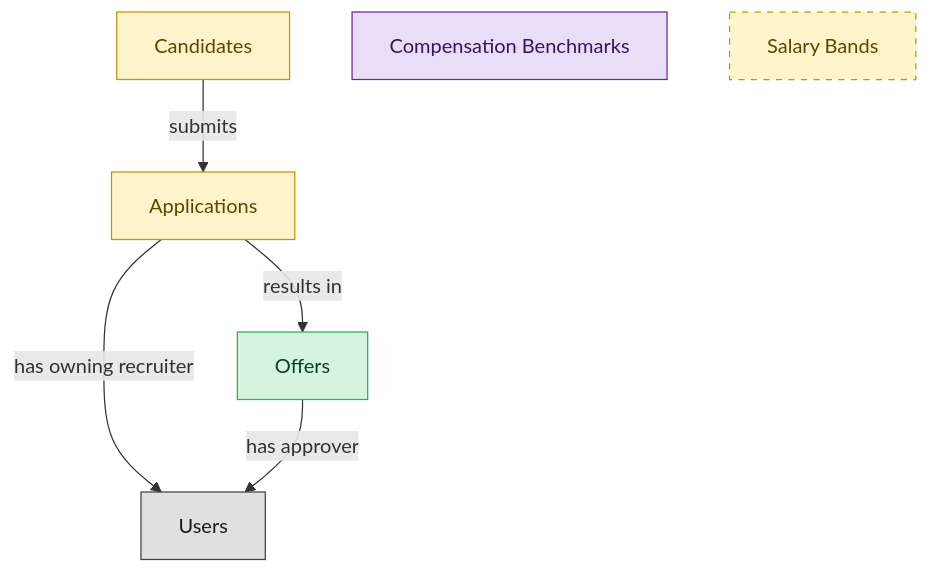
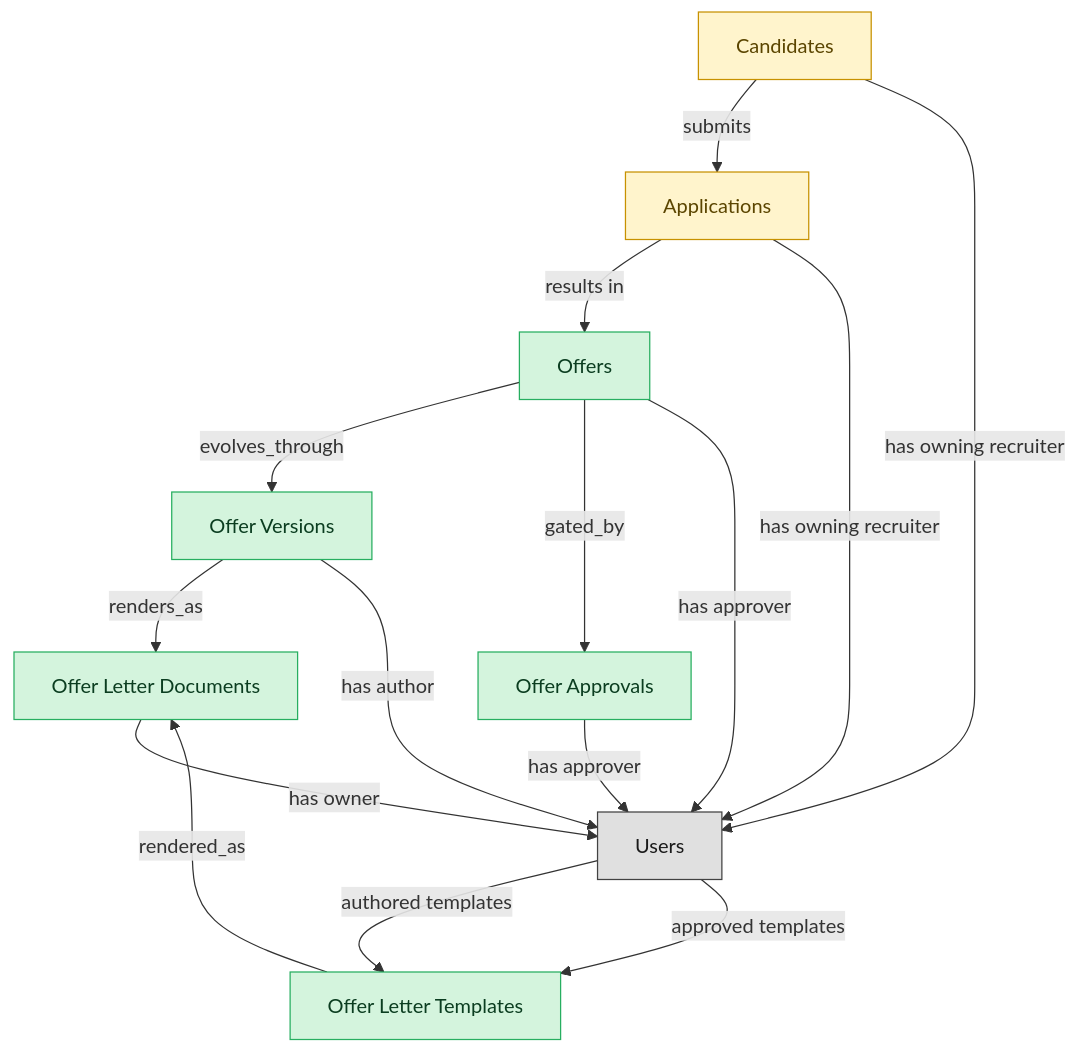
The diagram in blueprints/ats-offers-semantic-blueprint.md (semantius/semantius), drawn with Mermaid before and after one commit. The commit also changed other lines of this file and 255 other files, not shown here.

````diff
--- a/blueprints/ats-offers-semantic-blueprint.md
+++ b/blueprints/ats-offers-semantic-blueprint.md
@@ -30,24 +36,36 @@
 ```mermaid
 flowchart TD
   classDef master fill:#d4f4dd,stroke:#27ae60,color:#0b3d20;
   classDef embedded_master fill:#fff4cc,stroke:#c79100,color:#5b4500;
-  classDef consumer fill:#e8def8,stroke:#7b1fa2,color:#3a155d;
   classDef platform_builtin fill:#e0e0e0,stroke:#424242,color:#1a1a1a;
   job_offers["Offers"]
   candidates["Candidates"]
   job_applications["Applications"]
-  compensation_benchmarks["Compensation Benchmarks"]
-  salary_bands["Salary Bands"]
+  offer_versions["Offer Versions"]
+  offer_approvals["Offer Approvals"]
+  offer_letter_documents["Offer Letter Documents"]
+  offer_letter_templates["Offer Letter Templates"]
   users["Users"]
+  job_offers -->|"evolves_through"| offer_versions
+  job_offers -->|"gated_by"| offer_approvals
+  offer_versions -->|"renders_as"| offer_letter_documents
+  offer_letter_templates -->|"rendered_as"| offer_letter_documents
   candidates -->|"submits"| job_applications
   job_applications -->|"results in"| job_offers
+  candidates -->|"has owning recruiter"| users
+  users -->|"authored templates"| offer_letter_templates
+  users -->|"approved templates"| offer_letter_templates
+  offer_versions -->|"has author"| users
+  offer_approvals -->|"has approver"| users
+  offer_letter_documents -->|"has owner"| users
   job_applications -->|"has owning recruiter"| users
   job_offers -->|"has approver"| users
   class job_offers master;
   class candidates embedded_master;
   class job_applications embedded_master;
-  class compensation_benchmarks consumer;
-  class salary_bands embedded_master;
+  class offer_versions master;
+  class offer_approvals master;
+  class offer_letter_documents master;
+  class offer_letter_templates master;
   class users platform_builtin;
-  style salary_bands stroke-dasharray:5 5;
 ```
````
